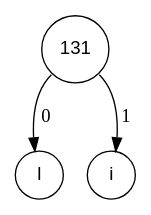
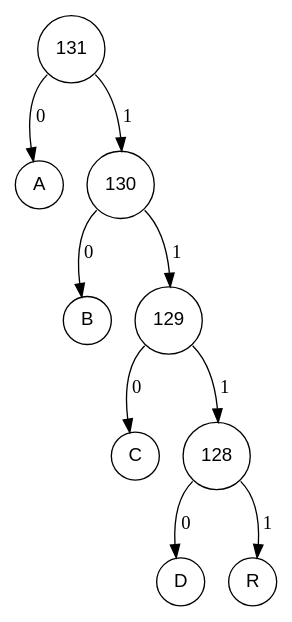
Before and after one commit to Procuste34/codage_huffman_c: the diagram in fichiers_viz/arbre_codage_etape_4.dot, drawn with Graphviz. The commit also changed 22 other files, not shown here.

```diff
--- a/fichiers_viz/arbre_codage_etape_4.dot
+++ b/fichiers_viz/arbre_codage_etape_4.dot
@@ -1,8 +1,20 @@
 digraph POT_test {
 node [fontname="Arial", shape="circle", width=0.5];
 131 [label = "131"]
-108 [label = "l"]
-105 [label = "i"]
-131:sw -> 108 [label = " 0"]
-131:se -> 105 [label = " 1"]
+65 [label = "A"]
+130 [label = "130"]
+66 [label = "B"]
+129 [label = "129"]
+67 [label = "C"]
+128 [label = "128"]
+68 [label = "D"]
+82 [label = "R"]
+128:sw -> 68 [label = " 0"]
+128:se -> 82 [label = " 1"]
+129:sw -> 67 [label = " 0"]
+129:se -> 128 [label = " 1"]
+130:sw -> 66 [label = " 0"]
+130:se -> 129 [label = " 1"]
+131:sw -> 65 [label = " 0"]
+131:se -> 130 [label = " 1"]
 }
```
